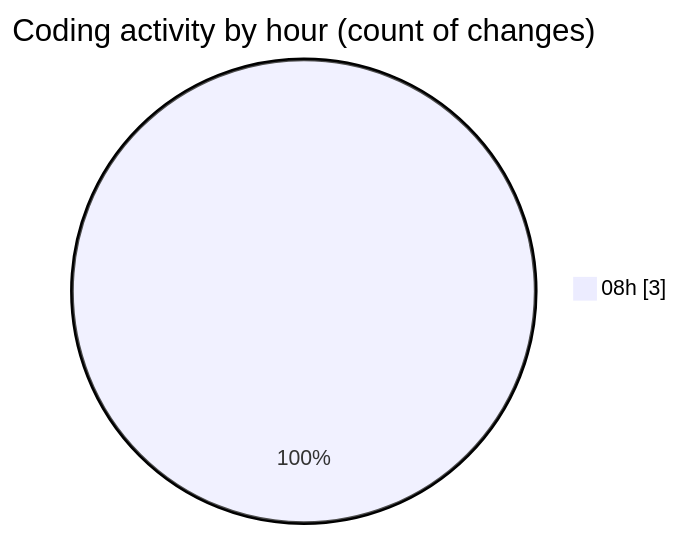
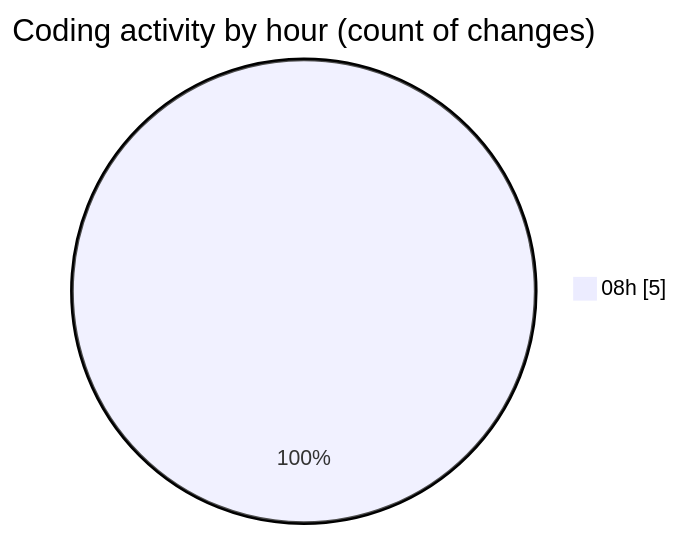
The second of 2 diagrams in 2025-01-01/downloads/README.md (3Nya3/code-tracking), drawn with Mermaid before and after one commit. The commit also changed other lines of this file and 1 other file, not shown here.

````diff
--- a/2025-01-01/downloads/README.md
+++ b/2025-01-01/downloads/README.md
@@ -28,5 +28,5 @@
 ```mermaid
 pie showData
 title Coding activity by hour (count of changes)
-"08h" : 3
+"08h" : 5
 ```
````
